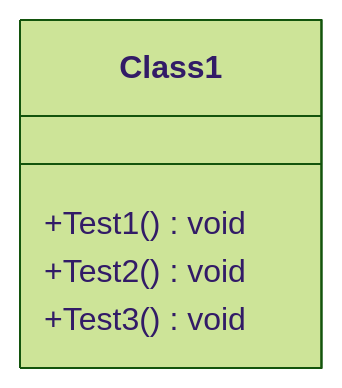
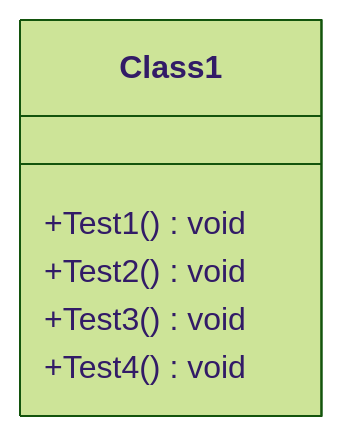
One commit to MyJetWallet/MyJetWallet.Sdk.WalletApi changed the first of 28 diagrams in src/CODE_METRICS.md. Above: the diagram before and after it, drawn with Mermaid (forest theme). The commit also changed other lines of this file, not shown here.

````diff
--- a/src/CODE_METRICS.md
+++ b/src/CODE_METRICS.md
@@ -1009,9 +1010,10 @@
 ```mermaid
 classDiagram
 class Class1{
     +Test1() void
     +Test2() void
     +Test3() void
+    +Test4() void
 }
 
 ```
````
